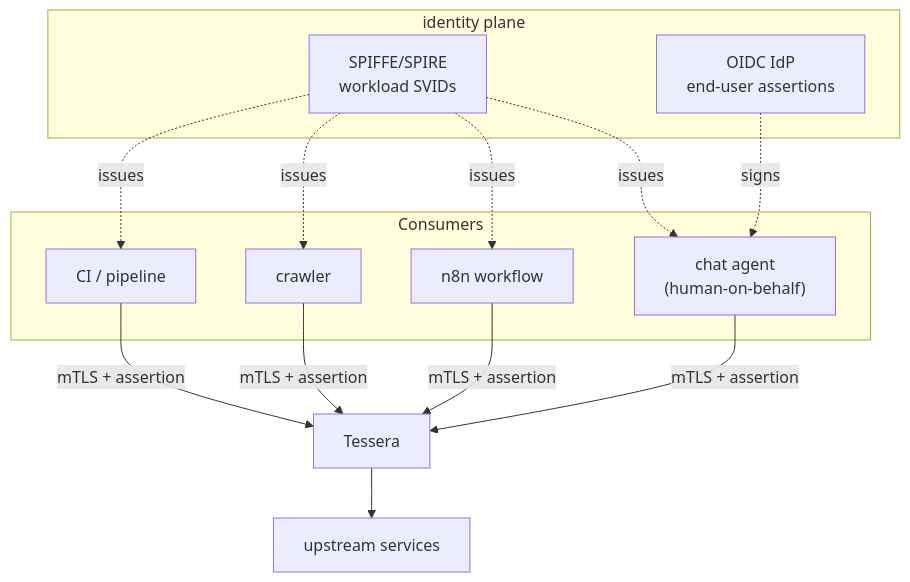
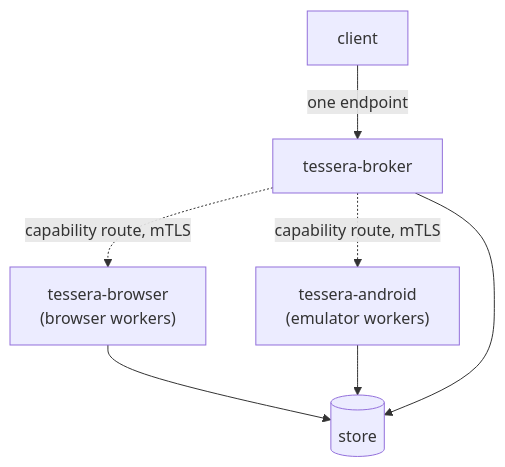
Before and after one commit to dragoshont/tessera: the fourth of 5 diagrams in docs/architecture.md, drawn with Mermaid. The commit also changed other lines of this file and 16 other files, not shown here.

First line of the commit message:
docs: complete .NET architecture, ADRs, and specs (design phase)

````diff
--- a/docs/architecture.md
+++ b/docs/architecture.md
@@ -150,17 +136,8 @@
 ```mermaid
 flowchart TB
-    subgraph Consumers
-        LC["chat agent<br/>(human-on-behalf)"]
-        N8N["n8n workflow"]
-        CRAWL["crawler"]
-        CI["CI / pipeline"]
-    end
-    subgraph IdP["identity plane"]
-        SPIRE["SPIFFE/SPIRE<br/>workload SVIDs"]
-        OIDC["OIDC IdP<br/>end-user assertions"]
-    end
-    SPIRE -. issues .-> LC & N8N & CRAWL & CI
-    OIDC -. signs .-> LC
-    LC & N8N & CRAWL & CI -->|mTLS + assertion| TES["Tessera"]
-    TES --> UP["upstream services"]
+    C["client"] -->|one endpoint| T["tessera-broker"]
+    T -. capability route, mTLS .-> TB["tessera-browser<br/>(browser workers)"]
+    T -. capability route, mTLS .-> TA["tessera-android<br/>(emulator workers)"]
+    TB & TA --> KV[("store")]
+    T --> KV
 ```
````
